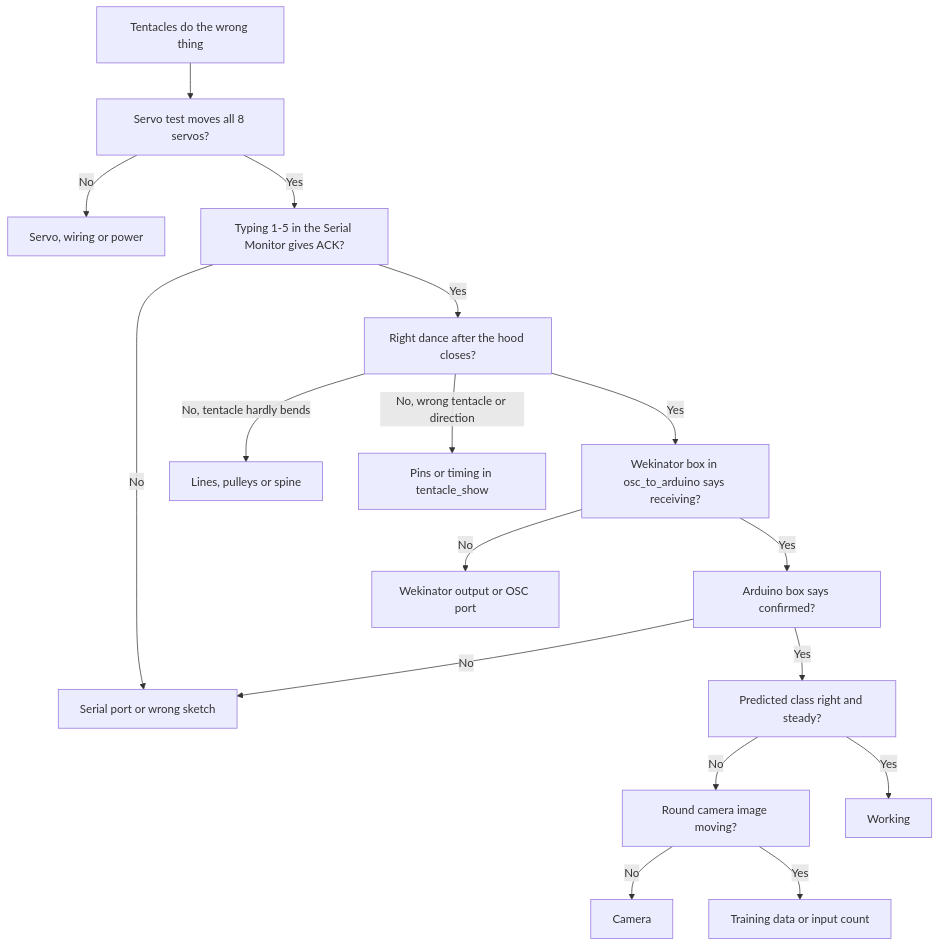
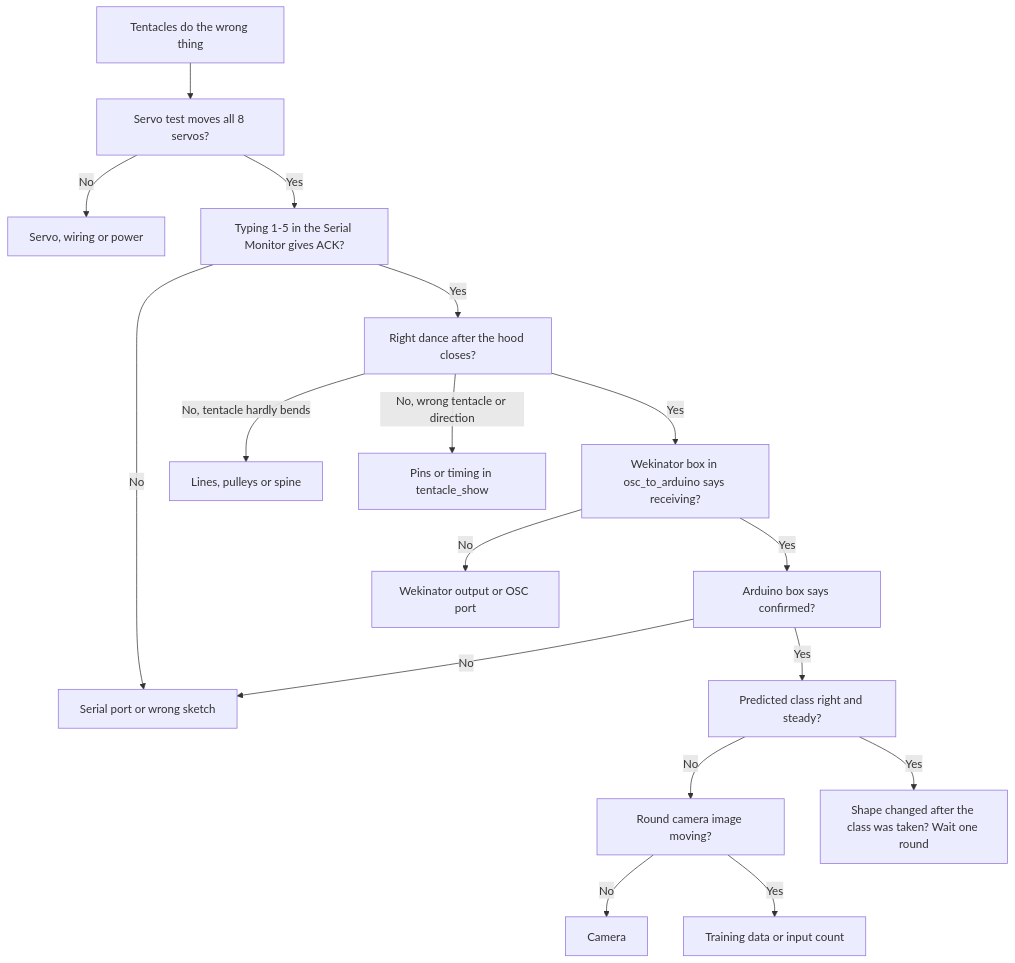
Before and after one commit to ismailk1/cps_group11: the second of 2 diagrams in README.md, drawn with Mermaid. The commit also changed other lines of this file and 5 other files, not shown here.

````diff
--- a/README.md
+++ b/README.md
@@ -199,19 +238,19 @@
 ```mermaid
 flowchart TB
     A[Tentacles do the wrong thing] --> B[Servo test moves all 8 servos?]
     B -- No --> H[Servo, wiring or power]
     B -- Yes --> C[Typing 1-5 in the Serial Monitor gives ACK?]
     C -- No --> S[Serial port or wrong sketch]
     C -- Yes --> D[Right dance after the hood closes?]
     D -- "No, tentacle hardly bends" --> T[Lines, pulleys or spine]
     D -- "No, wrong tentacle or direction" --> P[Pins or timing in tentacle_show]
     D -- Yes --> E[Wekinator box in osc_to_arduino says receiving?]
     E -- No --> O[Wekinator output or OSC port]
     E -- Yes --> F[Arduino box says confirmed?]
     F -- No --> S
     F -- Yes --> G[Predicted class right and steady?]
     G -- No --> I[Round camera image moving?]
     I -- No --> V[Camera]
     I -- Yes --> M[Training data or input count]
-    G -- Yes --> OK[Working]
+    G -- Yes --> K[Shape changed after the class was taken? Wait one round]
 ```
````
